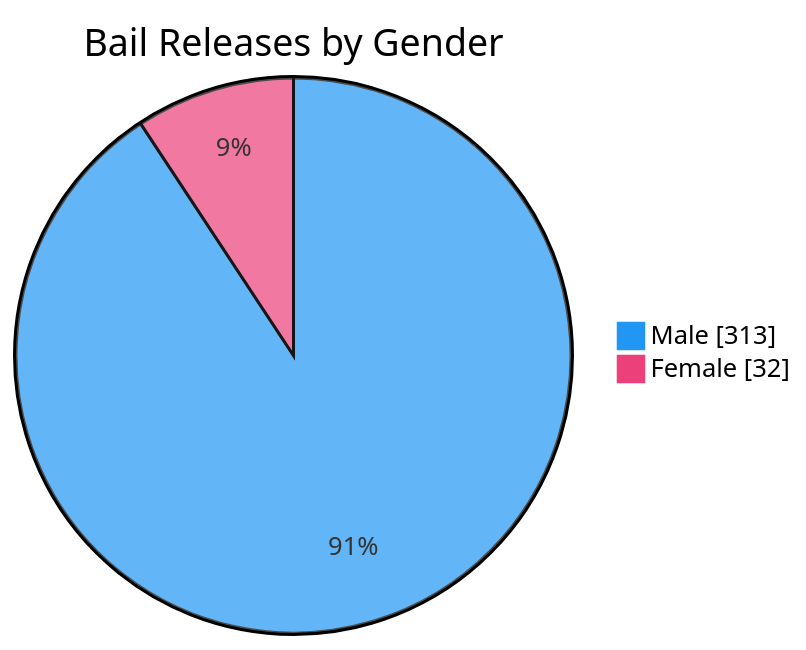
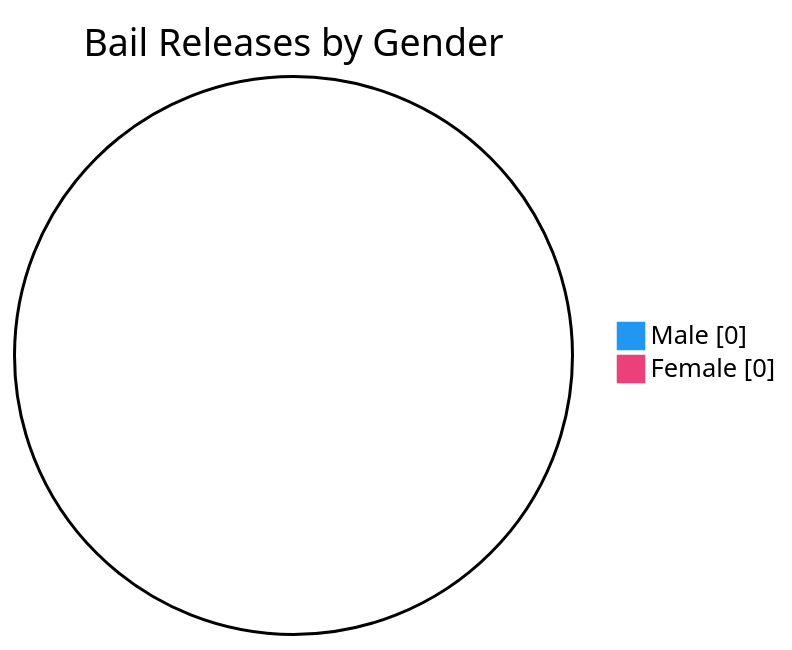
The seventh of 7 diagrams in README.md (nuuuwan/lk_prisons), drawn with Mermaid before and after one commit. The commit also changed other lines of this file and 1 other file, not shown here.

````diff
--- a/README.md
+++ b/README.md
@@ -109,6 +109,6 @@
 ```mermaid
 %%{init: {'themeVariables': {'pie1': '#2196F3', 'pie2': '#EC407A'}}}%%
 pie showData title Bail Releases by Gender
-    "Male" : 313
-    "Female" : 32
+    "Male" : 0
+    "Female" : 0
 ```
````
